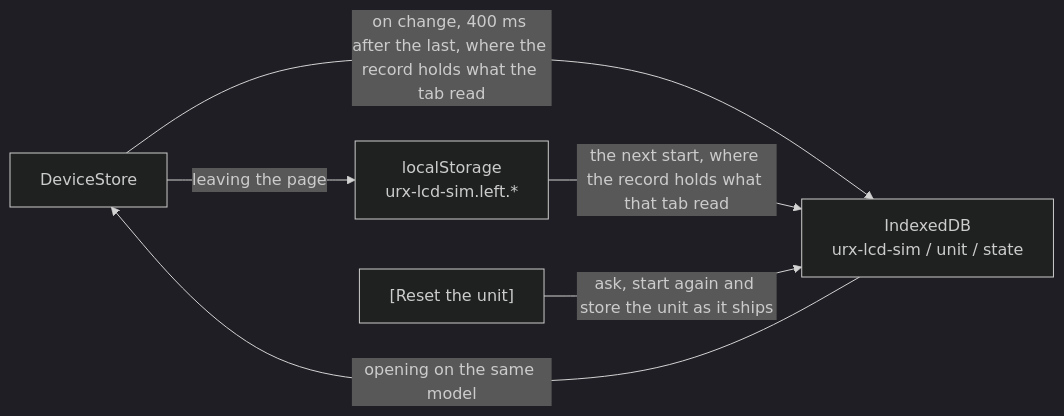
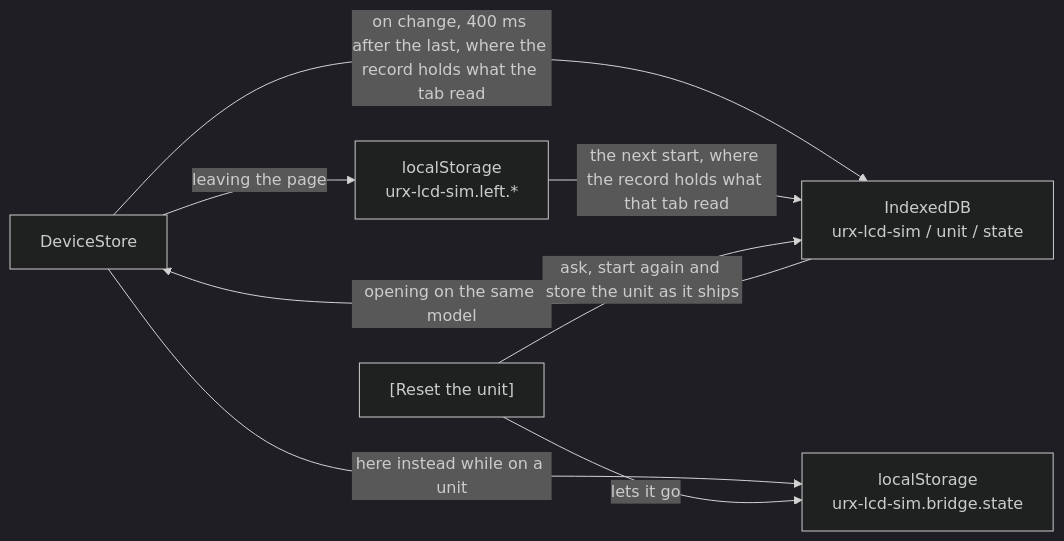
One commit to semnil/urx-lcd-sim changed the second of 2 diagrams in docs/en/architecture.md. Above: the diagram before and after it, drawn with Mermaid (dark theme). The commit also changed other lines of this file and 12 other files, not shown here.

````diff
--- a/docs/en/architecture.md
+++ b/docs/en/architecture.md
@@ -156,8 +163,10 @@
 ```mermaid
 flowchart LR
   ST["DeviceStore"] -->|"on change, 400 ms after the last, where the record holds what the tab read"| DB["IndexedDB<br/>urx-lcd-sim / unit / state"]
   DB -->|"opening on the same model"| ST
   ST -->|"leaving the page"| LEFT["localStorage<br/>urx-lcd-sim.left.*"]
   LEFT -->|"the next start, where the record holds what that tab read"| DB
   RS["[Reset the unit]"] -->|"ask, start again and store the unit as it ships"| DB
+  ST -->|"here instead while on a unit"| LB["localStorage<br/>urx-lcd-sim.bridge.state"]
+  RS -->|"lets it go"| LB
 ```
````
